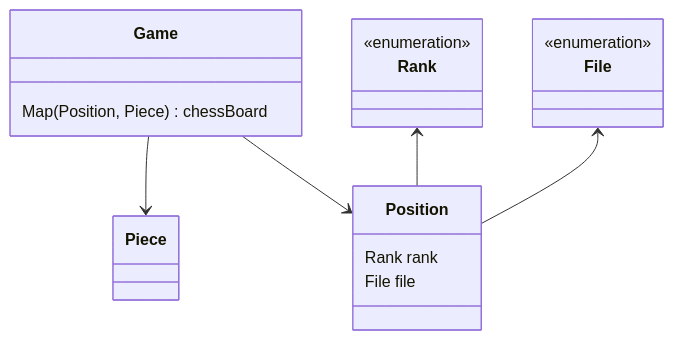
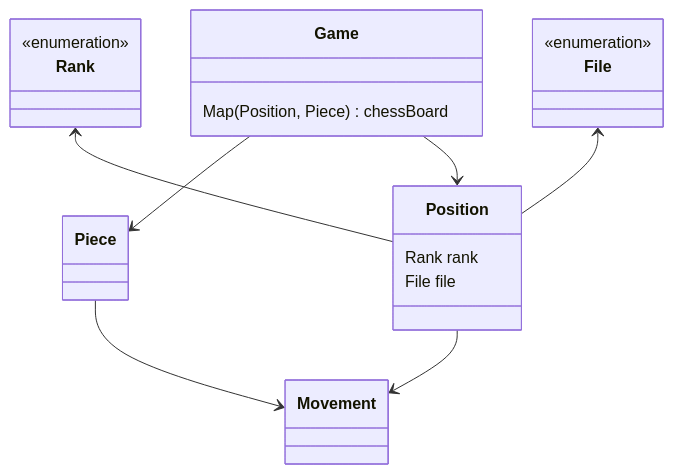
Before and after one commit to woowacourse/java-chess: the first of 2 diagrams in README.md, drawn with Mermaid. The commit also changed other lines of this file, not shown here.

Commit message:
docs: 클래스 다이어그램 보완

````diff
--- a/README.md
+++ b/README.md
@@ -7,20 +7,25 @@
 ```mermaid
 classDiagram
     Game --> Piece
     Game --> Position
 
     Rank <-- Position
     File <-- Position
 
+
+    Position --> Movement
+    Piece --> Movement
     <<enumeration>> Rank
     <<enumeration>> File
 
     class Position {
         Rank rank
         File file
     }
 
     class Game {
         Map(Position, Piece) chessBoard
     }
+
+
 ```
````
